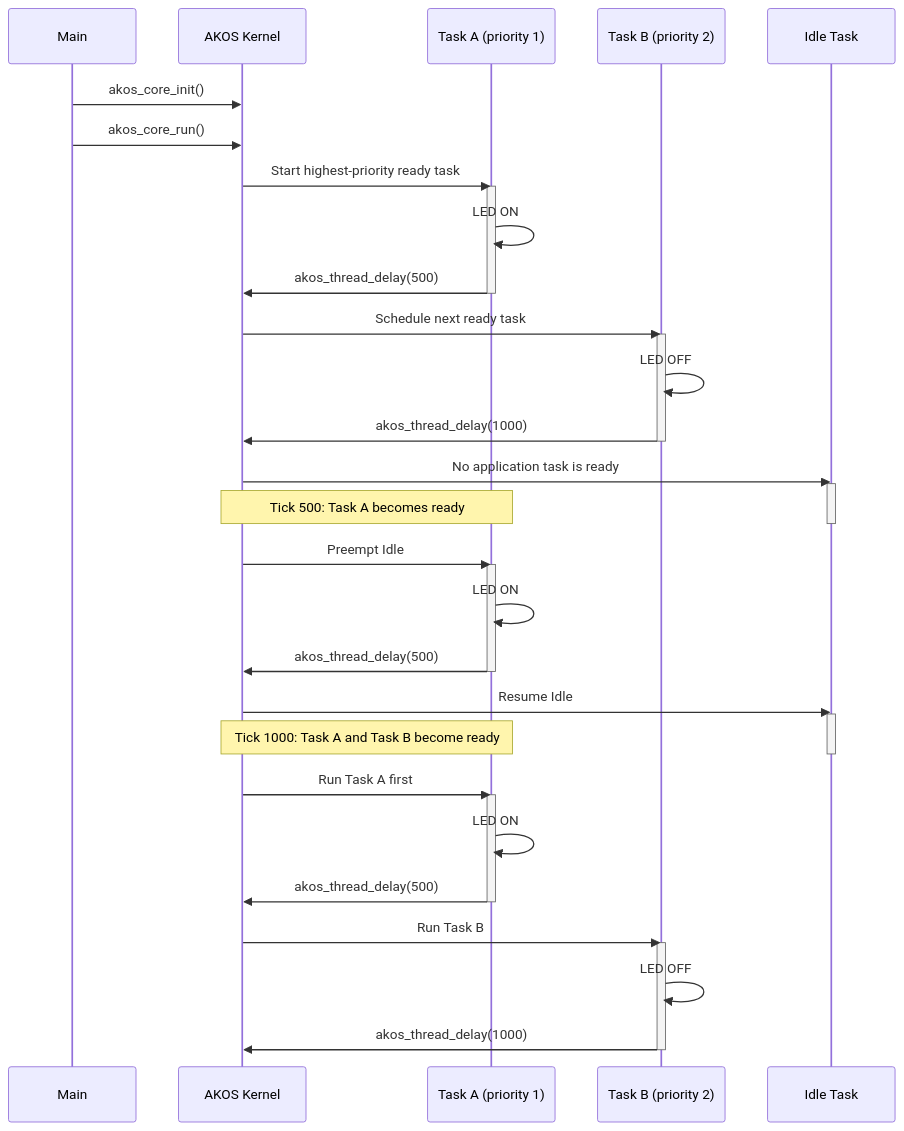
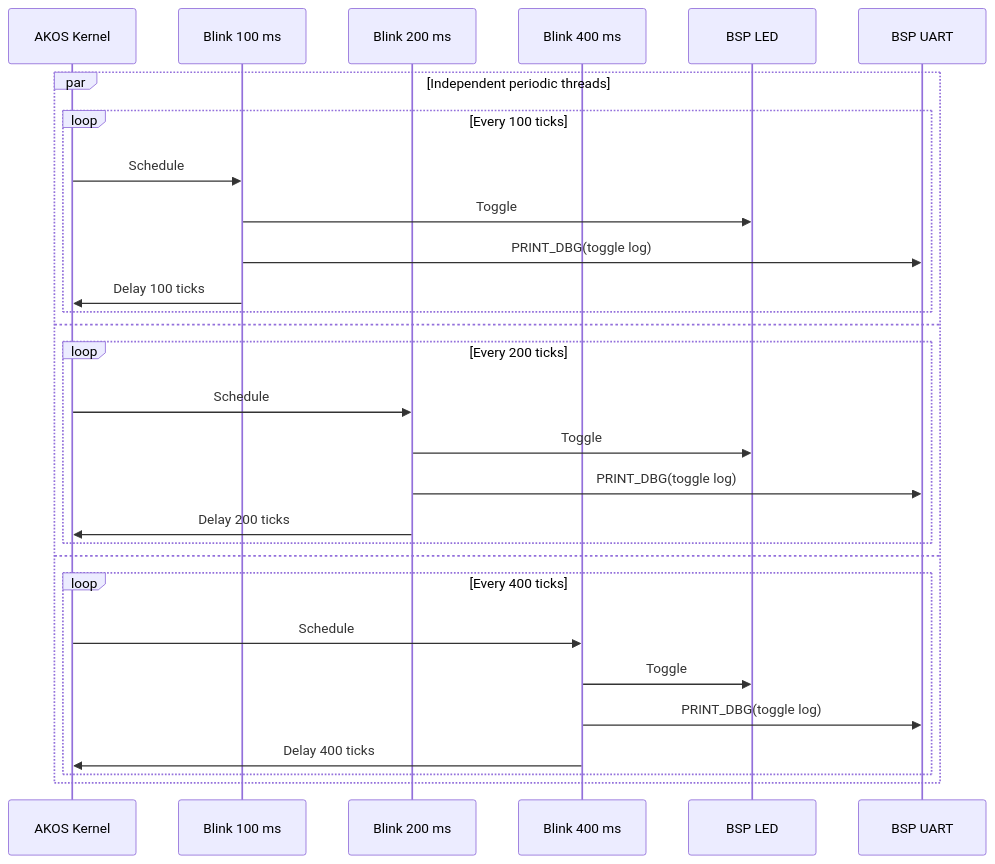
Before and after one commit to the-ak-foundation/akos: the diagram in examples/thread/README.md, drawn with Mermaid. The commit also changed other lines of this file and 173 other files, not shown here.

````diff
--- a/examples/thread/README.md
+++ b/examples/thread/README.md
@@ -7,49 +11,32 @@
 ```mermaid
 sequenceDiagram
-    participant Main
     participant Kernel as AKOS Kernel
-    participant A as Task A (priority 1)
-    participant B as Task B (priority 2)
-    participant Idle as Idle Task
+    participant T100 as Blink 100 ms
+    participant T200 as Blink 200 ms
+    participant T400 as Blink 400 ms
+    participant LED as BSP LED
+    participant UART as BSP UART
 
-    Main->>Kernel: akos_core_init()
-    Main->>Kernel: akos_core_run()
-
-    Kernel->>A: Start highest-priority ready task
-    activate A
-    A->>A: LED ON
-    A->>Kernel: akos_thread_delay(500)
-    deactivate A
-
-    Kernel->>B: Schedule next ready task
-    activate B
-    B->>B: LED OFF
-    B->>Kernel: akos_thread_delay(1000)
-    deactivate B
-
-    Kernel->>Idle: No application task is ready
-    activate Idle
-
-    Note over Kernel,A: Tick 500: Task A becomes ready
-    deactivate Idle
-    Kernel->>A: Preempt Idle
-    activate A
-    A->>A: LED ON
-    A->>Kernel: akos_thread_delay(500)
-    deactivate A
-    Kernel->>Idle: Resume Idle
-    activate Idle
-
-    Note over Kernel,A: Tick 1000: Task A and Task B become ready
-    deactivate Idle
-    Kernel->>A: Run Task A first
-    activate A
-    A->>A: LED ON
-    A->>Kernel: akos_thread_delay(500)
-    deactivate A
-    Kernel->>B: Run Task B
-    activate B
-    B->>B: LED OFF
-    B->>Kernel: akos_thread_delay(1000)
-    deactivate B
+    par Independent periodic threads
+        loop Every 100 ticks
+            Kernel->>T100: Schedule
+            T100->>LED: Toggle
+            T100->>UART: PRINT_DBG(toggle log)
+            T100->>Kernel: Delay 100 ticks
+        end
+    and
+        loop Every 200 ticks
+            Kernel->>T200: Schedule
+            T200->>LED: Toggle
+            T200->>UART: PRINT_DBG(toggle log)
+            T200->>Kernel: Delay 200 ticks
+        end
+    and
+        loop Every 400 ticks
+            Kernel->>T400: Schedule
+            T400->>LED: Toggle
+            T400->>UART: PRINT_DBG(toggle log)
+            T400->>Kernel: Delay 400 ticks
+        end
+    end
 ```
````
